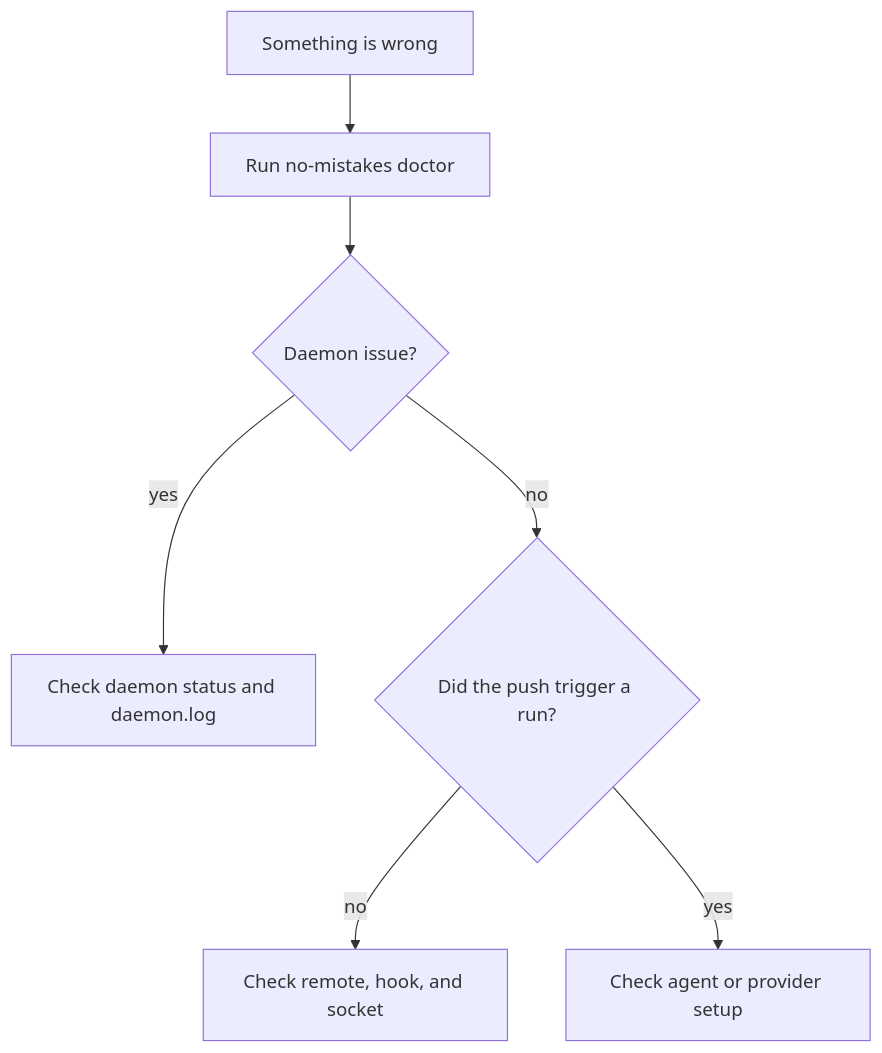
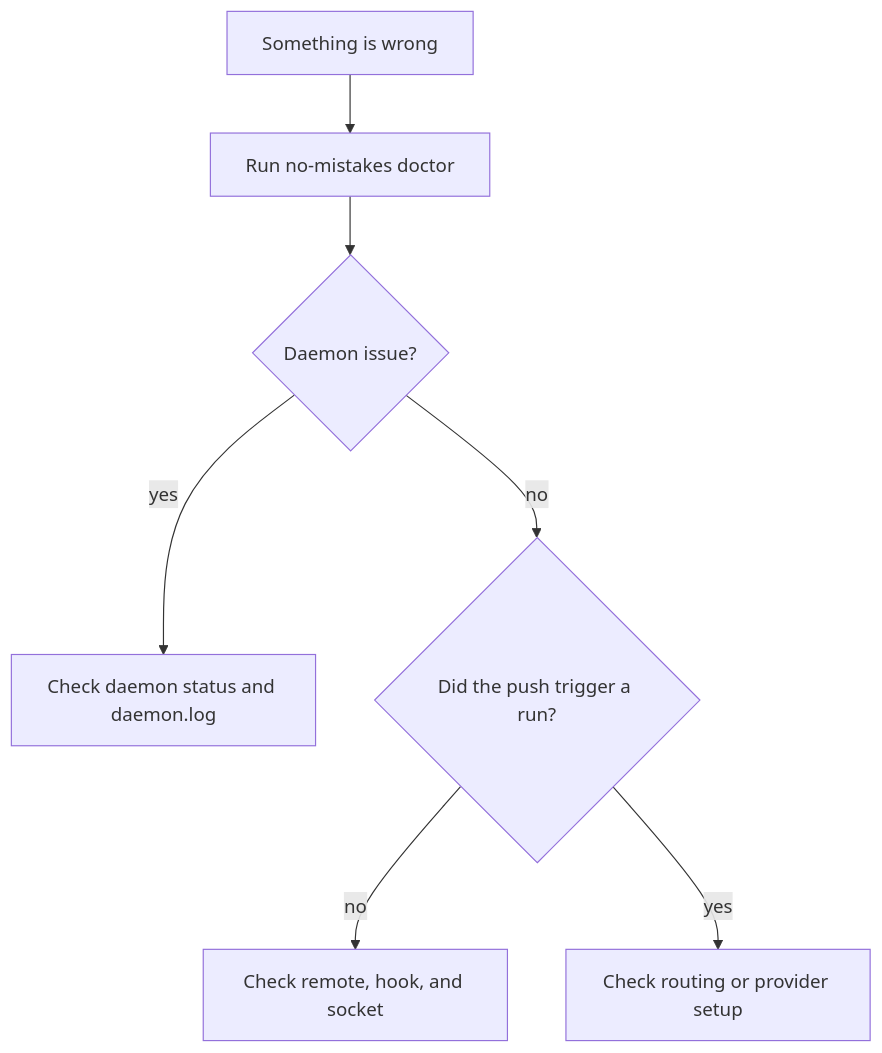
The diagram in docs/src/content/docs/guides/troubleshooting.md (kunchenguid/no-mistakes), drawn with Mermaid before and after one commit. The commit also changed other lines of this file and 28 other files, not shown here.

````diff
--- a/docs/src/content/docs/guides/troubleshooting.md
+++ b/docs/src/content/docs/guides/troubleshooting.md
@@ -13,9 +13,9 @@
 ```mermaid
 flowchart TD
   problem["Something is wrong"] --> doctor["Run no-mistakes doctor"]
   doctor --> daemon{"Daemon issue?"}
   daemon -- "yes" --> daemonpath["Check daemon status and daemon.log"]
   daemon -- "no" --> triggered{"Did the push trigger a run?"}
   triggered -- "no" --> gate["Check remote, hook, and socket"]
-  triggered -- "yes" --> provider["Check agent or provider setup"]
+  triggered -- "yes" --> provider["Check routing or provider setup"]
 ```
````
